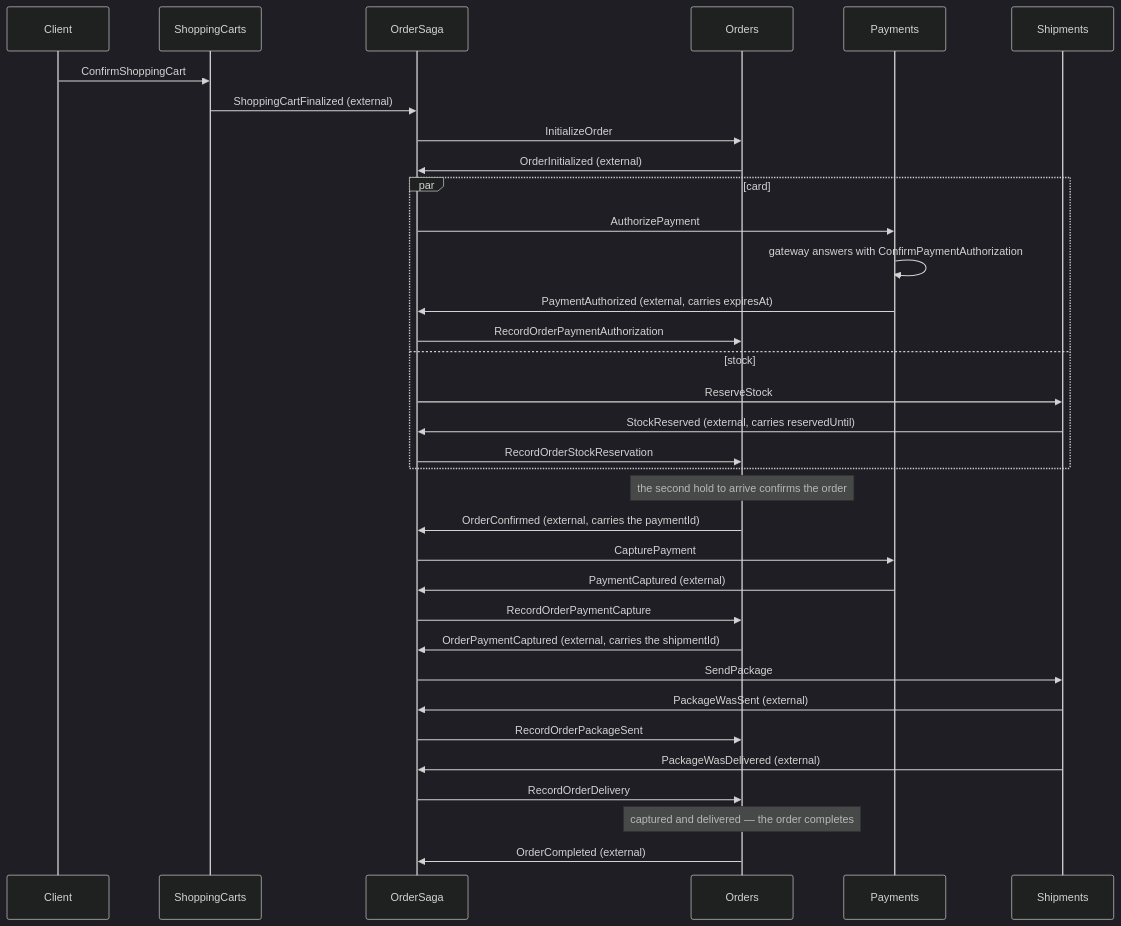
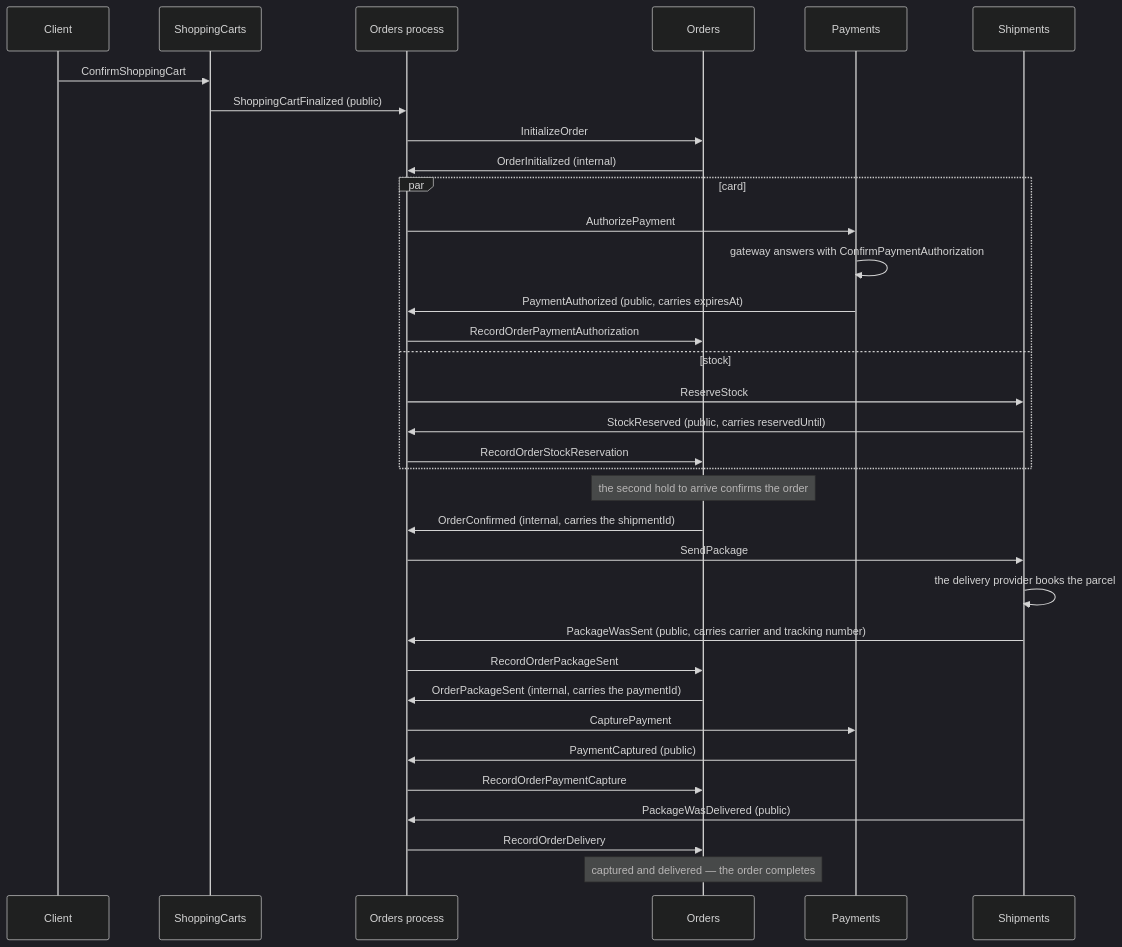
The third of 4 diagrams in samples/distributed-processes/README.md (oskardudycz/EventSourcing.JVM), drawn with Mermaid (dark theme) before and after one commit. The commit also changed other lines of this file and 122 other files, not shown here.

First line of the commit message:
Made external events and e-commerce flow more realistic

````diff
--- a/samples/distributed-processes/README.md
+++ b/samples/distributed-processes/README.md
@@ -247,41 +250,41 @@
 ```mermaid
 sequenceDiagram
     participant Client
     participant Cart as ShoppingCarts
-    participant Saga as OrderSaga
+    participant Process as Orders process
     participant Order as Orders
     participant Pay as Payments
     participant Ship as Shipments
 
     Client->>Cart: ConfirmShoppingCart
-    Cart->>Saga: ShoppingCartFinalized (external)
-    Saga->>Order: InitializeOrder
-    Order->>Saga: OrderInitialized (external)
+    Cart->>Process: ShoppingCartFinalized (public)
+    Process->>Order: InitializeOrder
+    Order->>Process: OrderInitialized (internal)
 
     par card
-        Saga->>Pay: AuthorizePayment
+        Process->>Pay: AuthorizePayment
         Pay->>Pay: gateway answers with ConfirmPaymentAuthorization
-        Pay->>Saga: PaymentAuthorized (external, carries expiresAt)
-        Saga->>Order: RecordOrderPaymentAuthorization
+        Pay->>Process: PaymentAuthorized (public, carries expiresAt)
+        Process->>Order: RecordOrderPaymentAuthorization
     and stock
-        Saga->>Ship: ReserveStock
-        Ship->>Saga: StockReserved (external, carries reservedUntil)
-        Saga->>Order: RecordOrderStockReservation
+        Process->>Ship: ReserveStock
+        Ship->>Process: StockReserved (public, carries reservedUntil)
+        Process->>Order: RecordOrderStockReservation
     end
 
     Note over Order: the second hold to arrive confirms the order
-    Order->>Saga: OrderConfirmed (external, carries the paymentId)
+    Order->>Process: OrderConfirmed (internal, carries the shipmentId)
 
-    Saga->>Pay: CapturePayment
-    Pay->>Saga: PaymentCaptured (external)
-    Saga->>Order: RecordOrderPaymentCapture
-    Order->>Saga: OrderPaymentCaptured (external, carries the shipmentId)
-    Saga->>Ship: SendPackage
-    Ship->>Saga: PackageWasSent (external)
-    Saga->>Order: RecordOrderPackageSent
-    Ship->>Saga: PackageWasDelivered (external)
-    Saga->>Order: RecordOrderDelivery
+    Process->>Ship: SendPackage
+    Ship->>Ship: the delivery provider books the parcel
+    Ship->>Process: PackageWasSent (public, carries carrier and tracking number)
+    Process->>Order: RecordOrderPackageSent
+    Order->>Process: OrderPackageSent (internal, carries the paymentId)
+    Process->>Pay: CapturePayment
+    Pay->>Process: PaymentCaptured (public)
+    Process->>Order: RecordOrderPaymentCapture
+    Ship->>Process: PackageWasDelivered (public)
+    Process->>Order: RecordOrderDelivery
 
     Note over Order: captured and delivered — the order completes
-    Order->>Saga: OrderCompleted (external)
 ```
````
